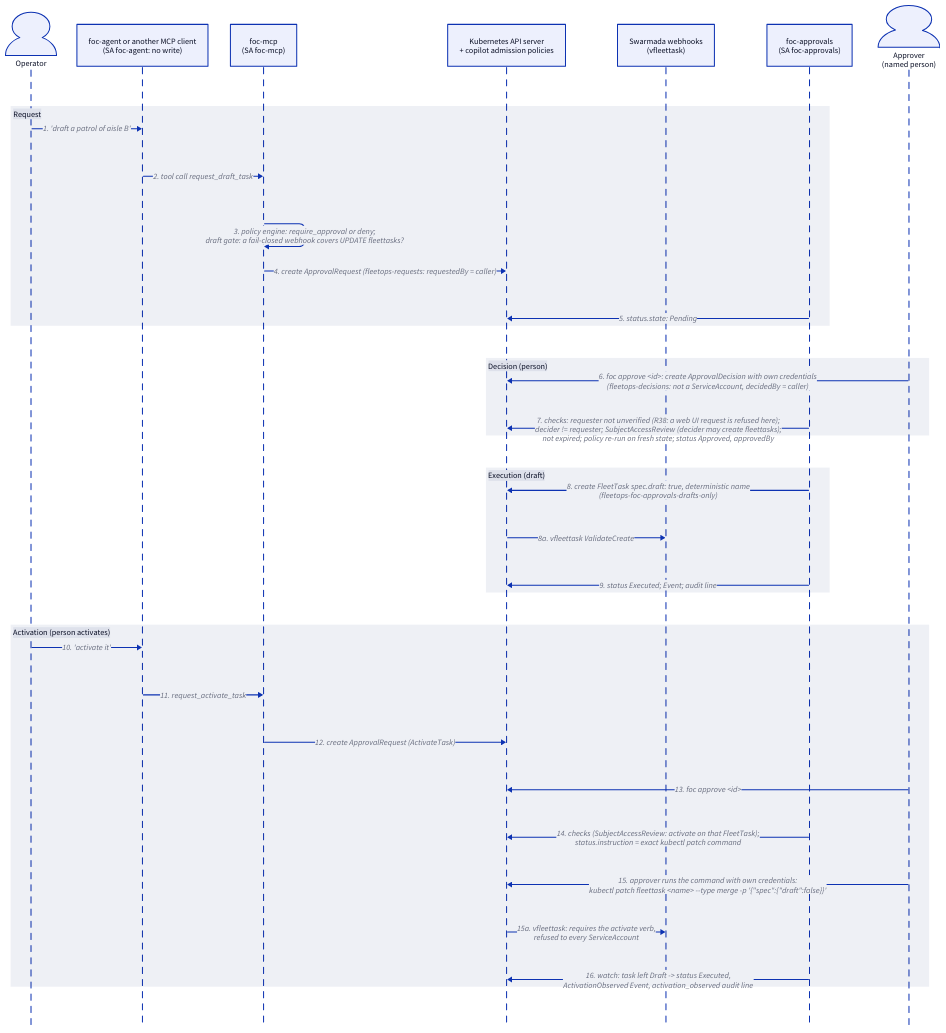
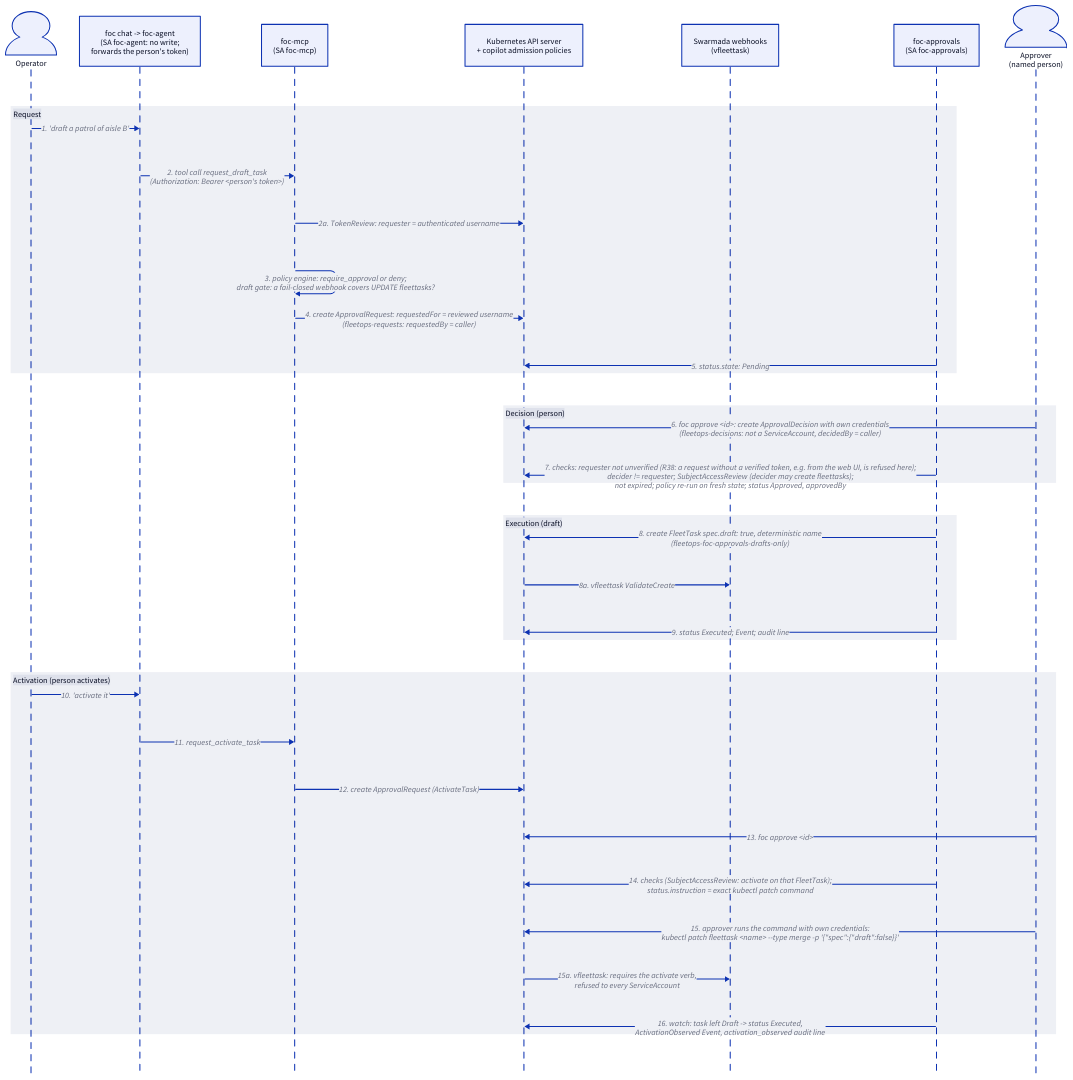
The diagram in docs/architecture/approval-flow.d2 (AlexBahel/fleet-ops-copilot), drawn with D2 before and after one commit. The commit also changed 5 other files, not shown here.

First line of the commit message:
docs: requester authentication (R39) in RUNBOOK, README and diagrams

```diff
--- a/docs/architecture/approval-flow.d2
+++ b/docs/architecture/approval-flow.d2
@@ -1,48 +1,49 @@
 # Fleet Ops Copilot: approval flow for a draft FleetTask and its activation
 # (docs/DESIGN.md §3.3, D25, D28). Source for approval-flow.svg; render with
 # `d2 approval-flow.d2 approval-flow.svg` (see README.md in this directory).
 # Zone maintenance and zone stop follow steps 1-9 with a different write in
-# step 8. A request filed from foc-agent's web UI records the typed name as
-# requestedFor unverified:<name> and is refused at step 7 (R38): it can be
-# rejected, never approved, so steps 8-16 need a requester not marked
-# unverified (another MCP client).
+# step 8. foc-mcp records as requestedFor the username of the caller's bearer
+# token, verified with a TokenReview (R39); without a verified token it records
+# unverified:<name>, which is refused at step 7 (R38). The web UI sends no token,
+# so its requests stop there; foc chat sends the person's token.
 
 shape: sequence_diagram
 
 operator: Operator {shape: person}
-agent: "foc-agent or another MCP client\n(SA foc-agent: no write)"
+agent: "foc chat -> foc-agent\n(SA foc-agent: no write;\nforwards the person's token)"
 mcp: "foc-mcp\n(SA foc-mcp)"
 api: "Kubernetes API server\n+ copilot admission policies"
 webhooks: "Swarmada webhooks\n(vfleettask)"
 approvals: "foc-approvals\n(SA foc-approvals)"
 approver: "Approver\n(named person)" {shape: person}
 
 request: "Request" {
   operator -> agent: "1. 'draft a patrol of aisle B'"
-  agent -> mcp: "2. tool call request_draft_task"
+  agent -> mcp: "2. tool call request_draft_task\n(Authorization: Bearer <person's token>)"
+  mcp -> api: "2a. TokenReview: requester = authenticated username"
   mcp -> mcp: "3. policy engine: require_approval or deny;\ndraft gate: a fail-closed webhook covers UPDATE fleettasks?"
-  mcp -> api: "4. create ApprovalRequest (fleetops-requests: requestedBy = caller)"
+  mcp -> api: "4. create ApprovalRequest: requestedFor = reviewed username\n(fleetops-requests: requestedBy = caller)"
   approvals -> api: "5. status.state: Pending"
 }
 
 decide: "Decision (person)" {
   approver -> api: "6. foc approve <id>: create ApprovalDecision with own credentials\n(fleetops-decisions: not a ServiceAccount, decidedBy = caller)"
-  approvals -> api: "7. checks: requester not unverified (R38: a web UI request is refused here);\ndecider != requester; SubjectAccessReview (decider may create fleettasks);\nnot expired; policy re-run on fresh state; status Approved, approvedBy"
+  approvals -> api: "7. checks: requester not unverified (R38: a request without a verified token, e.g. from the web UI, is refused here);\ndecider != requester; SubjectAccessReview (decider may create fleettasks);\nnot expired; policy re-run on fresh state; status Approved, approvedBy"
 }
 
 execute: "Execution (draft)" {
   approvals -> api: "8. create FleetTask spec.draft: true, deterministic name\n(fleetops-foc-approvals-drafts-only)"
   api -> webhooks: "8a. vfleettask ValidateCreate"
   approvals -> api: "9. status Executed; Event; audit line"
 }
 
 activate: "Activation (person activates)" {
   operator -> agent: "10. 'activate it'"
   agent -> mcp: "11. request_activate_task"
   mcp -> api: "12. create ApprovalRequest (ActivateTask)"
   approver -> api: "13. foc approve <id>"
   approvals -> api: "14. checks (SubjectAccessReview: activate on that FleetTask);\nstatus.instruction = exact kubectl patch command"
   approver -> api: "15. approver runs the command with own credentials:\nkubectl patch fleettask <name> --type merge -p '{\"spec\":{\"draft\":false}}'"
   api -> webhooks: "15a. vfleettask: requires the activate verb,\nrefused to every ServiceAccount"
   approvals -> api: "16. watch: task left Draft -> status Executed,\nActivationObserved Event, activation_observed audit line"
 }
```
